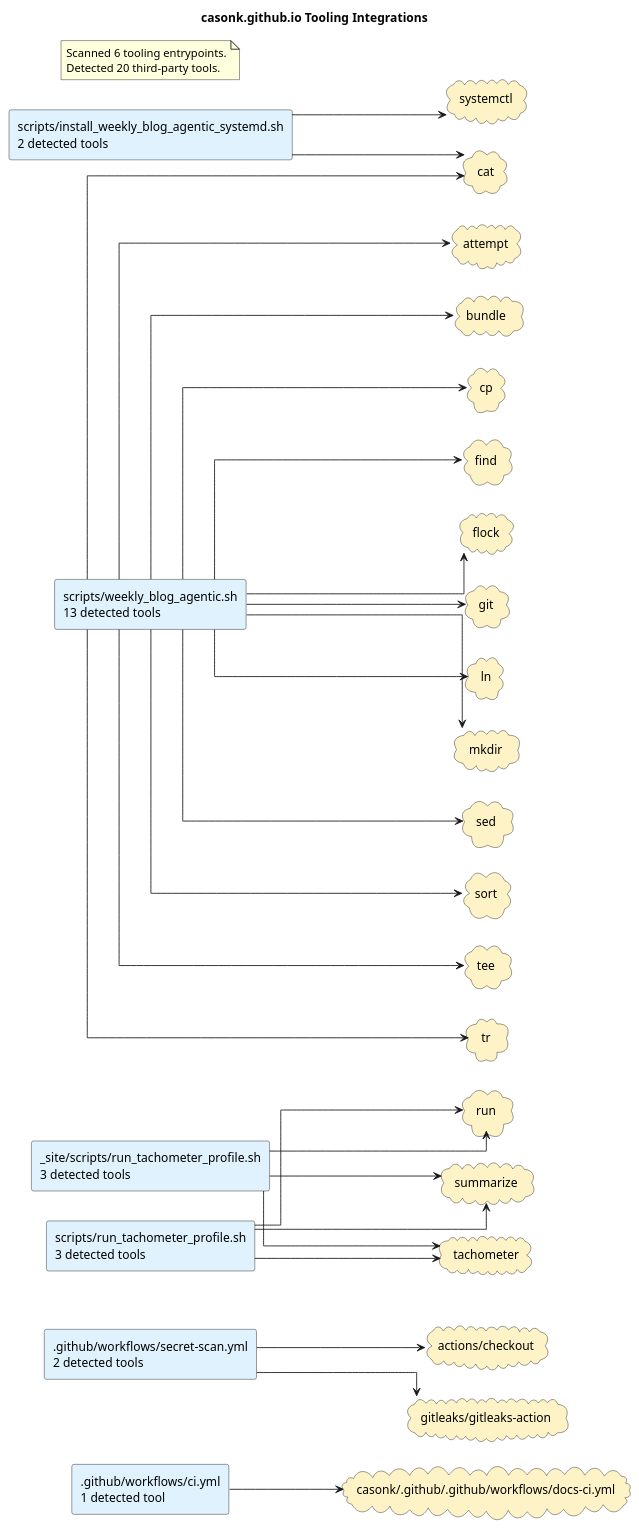
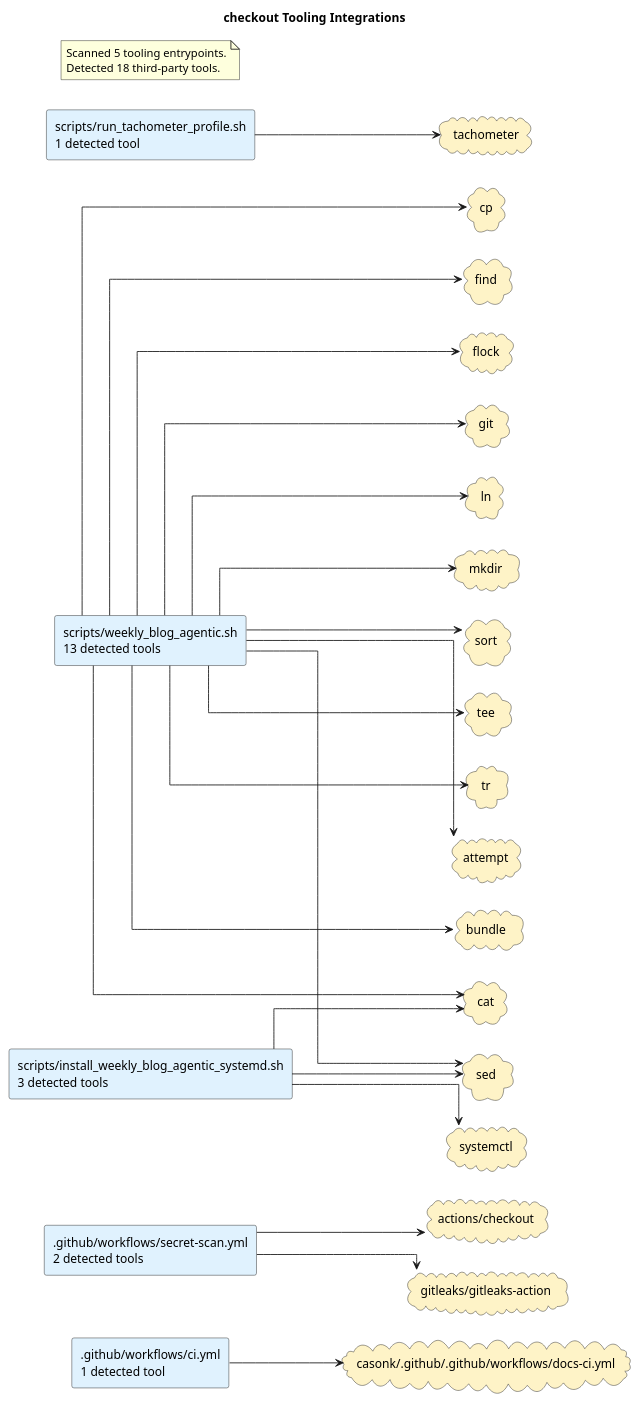
Before and after one commit to casonk/casonk.github.io: the diagram in docs/diagrams/tooling-integrations.puml, drawn with PlantUML. The commit also changed 9 other files, not shown here.

Commit message:
docs: refresh generated architecture diagrams (#11)

```diff
--- a/docs/diagrams/tooling-integrations.puml
+++ b/docs/diagrams/tooling-integrations.puml
@@ -1,62 +1,55 @@
 @startuml
-title casonk.github.io Tooling Integrations
+title checkout Tooling Integrations
 left to right direction
 skinparam shadowing false
 skinparam defaultFontName Monospace
 skinparam componentStyle rectangle
 skinparam linetype ortho
 rectangle ".github/workflows/ci.yml\n1 detected tool" as source_github_workflows_ci_yml #E0F2FE
 rectangle ".github/workflows/secret-scan.yml\n2 detected tools" as source_github_workflows_secret_scan_yml #E0F2FE
-rectangle "_site/scripts/run_tachometer_profile.sh\n3 detected tools" as source_site_scripts_run_tachometer_profile_sh #E0F2FE
-rectangle "scripts/install_weekly_blog_agentic_systemd.sh\n2 detected tools" as source_scripts_install_weekly_blog_agentic_systemd_sh #E0F2FE
-rectangle "scripts/run_tachometer_profile.sh\n3 detected tools" as source_scripts_run_tachometer_profile_sh #E0F2FE
+rectangle "scripts/install_weekly_blog_agentic_systemd.sh\n3 detected tools" as source_scripts_install_weekly_blog_agentic_systemd_sh #E0F2FE
+rectangle "scripts/run_tachometer_profile.sh\n1 detected tool" as source_scripts_run_tachometer_profile_sh #E0F2FE
 rectangle "scripts/weekly_blog_agentic.sh\n13 detected tools" as source_scripts_weekly_blog_agentic_sh #E0F2FE
 cloud "actions/checkout" as tool_actions_checkout #FEF3C7
 cloud "attempt" as tool_attempt #FEF3C7
 cloud "bundle" as tool_bundle #FEF3C7
 cloud "casonk/.github/.github/workflows/docs-ci.yml" as tool_casonk_github_github_workflows_docs_ci_yml #FEF3C7
 cloud "cat" as tool_cat #FEF3C7
 cloud "cp" as tool_cp #FEF3C7
 cloud "find" as tool_find #FEF3C7
 cloud "flock" as tool_flock #FEF3C7
 cloud "git" as tool_git #FEF3C7
 cloud "gitleaks/gitleaks-action" as tool_gitleaks_gitleaks_action #FEF3C7
 cloud "ln" as tool_ln #FEF3C7
 cloud "mkdir" as tool_mkdir #FEF3C7
-cloud "run" as tool_run #FEF3C7
 cloud "sed" as tool_sed #FEF3C7
 cloud "sort" as tool_sort #FEF3C7
-cloud "summarize" as tool_summarize #FEF3C7
 cloud "systemctl" as tool_systemctl #FEF3C7
 cloud "tachometer" as tool_tachometer #FEF3C7
 cloud "tee" as tool_tee #FEF3C7
 cloud "tr" as tool_tr #FEF3C7
 source_github_workflows_ci_yml --> tool_casonk_github_github_workflows_docs_ci_yml
 source_github_workflows_secret_scan_yml --> tool_actions_checkout
 source_github_workflows_secret_scan_yml --> tool_gitleaks_gitleaks_action
-source_site_scripts_run_tachometer_profile_sh --> tool_run
-source_site_scripts_run_tachometer_profile_sh --> tool_summarize
-source_site_scripts_run_tachometer_profile_sh --> tool_tachometer
 source_scripts_install_weekly_blog_agentic_systemd_sh --> tool_cat
+source_scripts_install_weekly_blog_agentic_systemd_sh --> tool_sed
 source_scripts_install_weekly_blog_agentic_systemd_sh --> tool_systemctl
-source_scripts_run_tachometer_profile_sh --> tool_run
-source_scripts_run_tachometer_profile_sh --> tool_summarize
 source_scripts_run_tachometer_profile_sh --> tool_tachometer
 source_scripts_weekly_blog_agentic_sh --> tool_attempt
 source_scripts_weekly_blog_agentic_sh --> tool_bundle
 source_scripts_weekly_blog_agentic_sh --> tool_cat
 source_scripts_weekly_blog_agentic_sh --> tool_cp
 source_scripts_weekly_blog_agentic_sh --> tool_find
 source_scripts_weekly_blog_agentic_sh --> tool_flock
 source_scripts_weekly_blog_agentic_sh --> tool_git
 source_scripts_weekly_blog_agentic_sh --> tool_ln
 source_scripts_weekly_blog_agentic_sh --> tool_mkdir
 source_scripts_weekly_blog_agentic_sh --> tool_sed
 source_scripts_weekly_blog_agentic_sh --> tool_sort
 source_scripts_weekly_blog_agentic_sh --> tool_tee
 source_scripts_weekly_blog_agentic_sh --> tool_tr
 note as toolingGraphSummary
-Scanned 6 tooling entrypoints.
-Detected 20 third-party tools.
+Scanned 5 tooling entrypoints.
+Detected 18 third-party tools.
 end note
 @enduml
```
